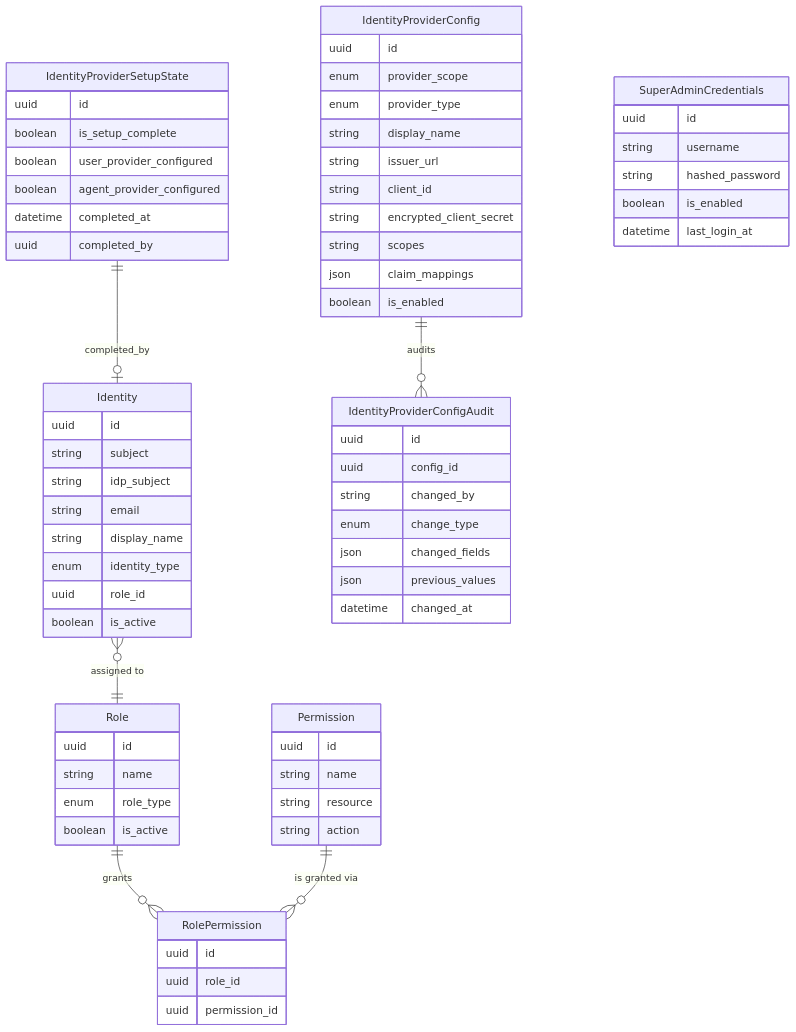
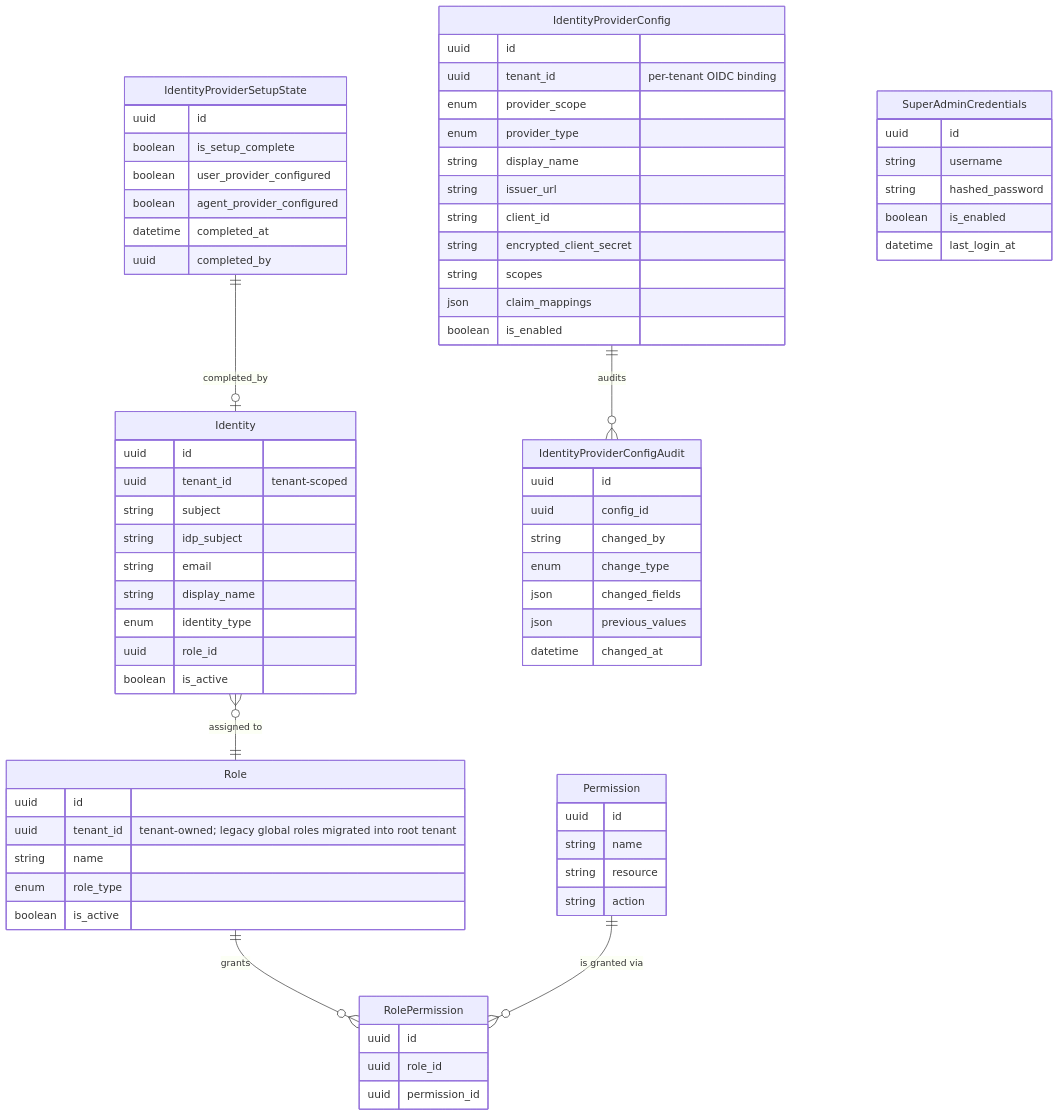
Before and after one commit to hurungang/parthenon: the first of 2 diagrams in docs/master/data-model/modules/identity/entities.md, drawn with Mermaid. The commit also changed other lines of this file and 126 other files, not shown here.

````diff
--- a/docs/master/data-model/modules/identity/entities.md
+++ b/docs/master/data-model/modules/identity/entities.md
@@ -3,72 +3,75 @@
 ```mermaid
 erDiagram
     Identity {
         uuid id
+        uuid tenant_id "tenant-scoped"
         string subject
         string idp_subject
         string email
         string display_name
         enum identity_type
         uuid role_id
         boolean is_active
     }
     Role {
         uuid id
+        uuid tenant_id "tenant-owned; legacy global roles migrated into root tenant"
         string name
         enum role_type
         boolean is_active
     }
     Permission {
         uuid id
         string name
         string resource
         string action
     }
     RolePermission {
         uuid id
         uuid role_id
         uuid permission_id
     }
     IdentityProviderConfig {
         uuid id
+        uuid tenant_id "per-tenant OIDC binding"
         enum provider_scope
         enum provider_type
         string display_name
         string issuer_url
         string client_id
         string encrypted_client_secret
         string scopes
         json claim_mappings
         boolean is_enabled
     }
     IdentityProviderConfigAudit {
         uuid id
         uuid config_id
         string changed_by
         enum change_type
         json changed_fields
         json previous_values
         datetime changed_at
     }
     IdentityProviderSetupState {
         uuid id
         boolean is_setup_complete
         boolean user_provider_configured
         boolean agent_provider_configured
         datetime completed_at
         uuid completed_by
     }
     SuperAdminCredentials {
         uuid id
         string username
         string hashed_password
         boolean is_enabled
         datetime last_login_at
     }
 
     Identity }o--|| Role : "assigned to"
     Role ||--o{ RolePermission : "grants"
     Permission ||--o{ RolePermission : "is granted via"
     IdentityProviderConfig ||--o{ IdentityProviderConfigAudit : "audits"
     IdentityProviderSetupState ||--o| Identity : "completed_by"
 ```
````
